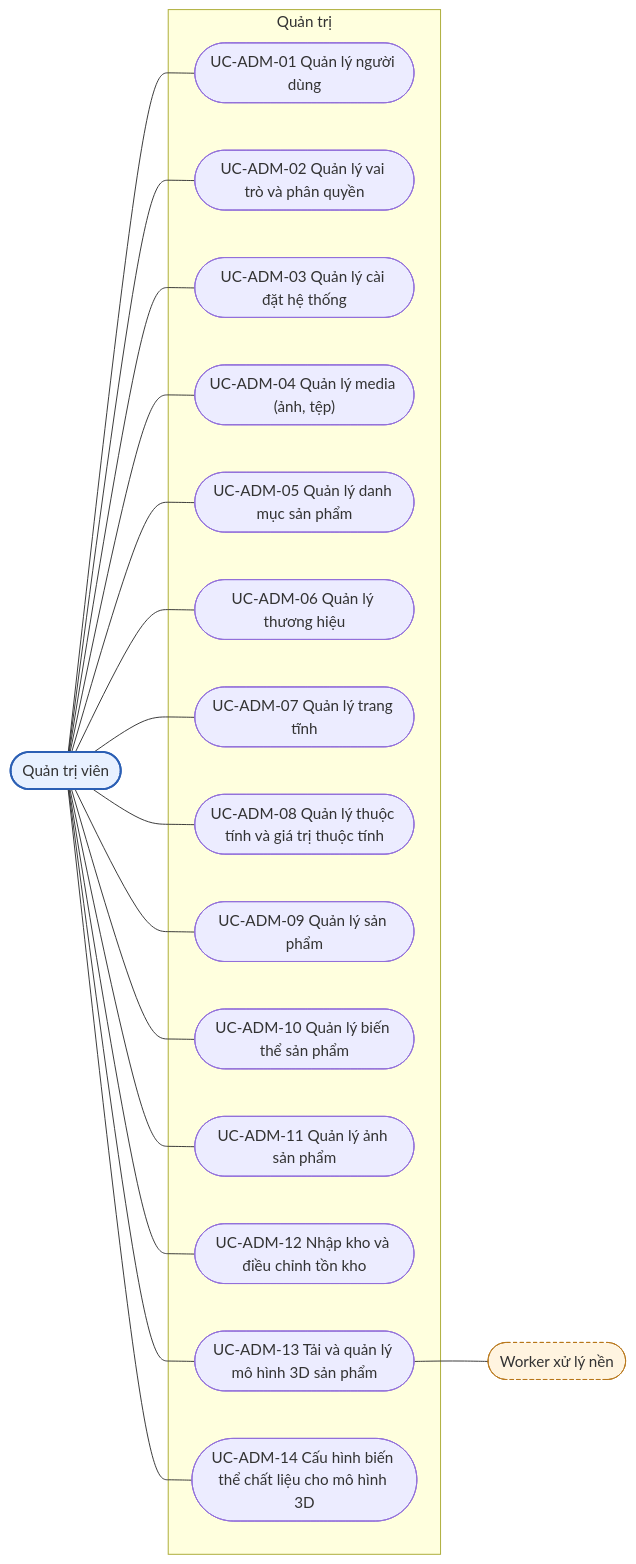
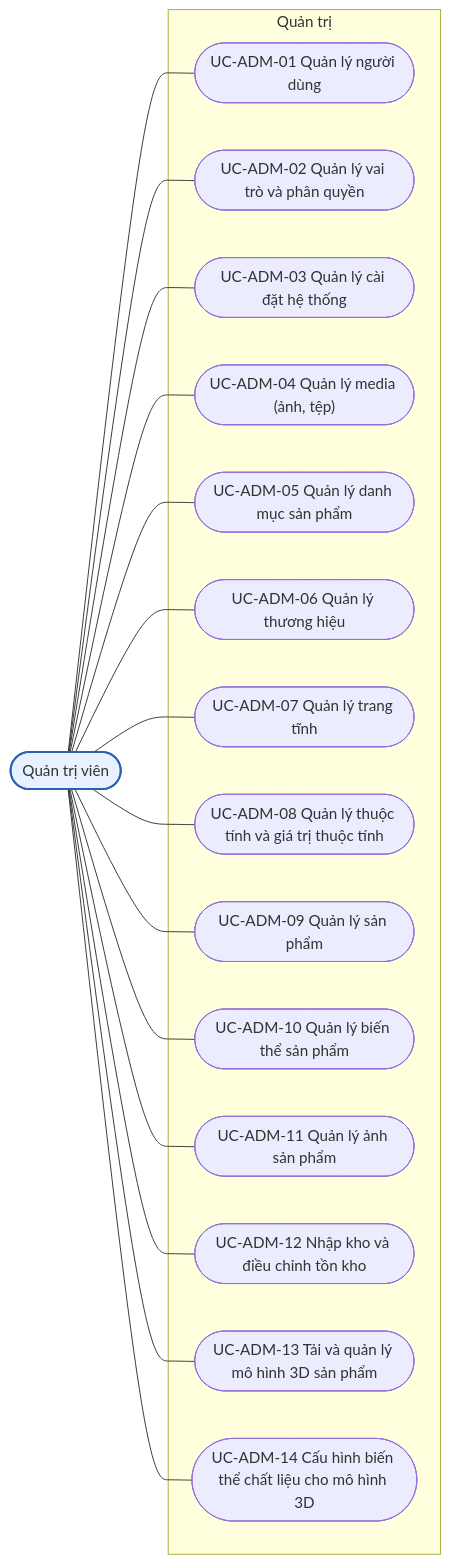
Before and after one commit to 2431540234-arch/XDUDTMDT: the fourth of 13 diagrams in docs/DAC_TA_CHUC_NANG_THEO_VAI_TRO.md, drawn with Mermaid. The commit also changed other lines of this file and 2 other files, not shown here.

````diff
--- a/docs/DAC_TA_CHUC_NANG_THEO_VAI_TRO.md
+++ b/docs/DAC_TA_CHUC_NANG_THEO_VAI_TRO.md
@@ -471,38 +471,36 @@
 ```mermaid
 flowchart LR
     A(["Quản trị viên"]):::actor
-    WK(["Worker xử lý nền"]):::ext
     subgraph SG_ADM["Quản trị"]
         UC_ADM_01(["UC-ADM-01 Quản lý người dùng"])
         UC_ADM_02(["UC-ADM-02 Quản lý vai trò và phân quyền"])
         UC_ADM_03(["UC-ADM-03 Quản lý cài đặt hệ thống"])
         UC_ADM_04(["UC-ADM-04 Quản lý media (ảnh, tệp)"])
         UC_ADM_05(["UC-ADM-05 Quản lý danh mục sản phẩm"])
         UC_ADM_06(["UC-ADM-06 Quản lý thương hiệu"])
         UC_ADM_07(["UC-ADM-07 Quản lý trang tĩnh"])
         UC_ADM_08(["UC-ADM-08 Quản lý thuộc tính và giá trị thuộc tính"])
         UC_ADM_09(["UC-ADM-09 Quản lý sản phẩm"])
         UC_ADM_10(["UC-ADM-10 Quản lý biến thể sản phẩm"])
         UC_ADM_11(["UC-ADM-11 Quản lý ảnh sản phẩm"])
         UC_ADM_12(["UC-ADM-12 Nhập kho và điều chỉnh tồn kho"])
         UC_ADM_13(["UC-ADM-13 Tải và quản lý mô hình 3D sản phẩm"])
         UC_ADM_14(["UC-ADM-14 Cấu hình biến thể chất liệu cho mô hình 3D"])
     end
     A --- UC_ADM_01
     A --- UC_ADM_02
     A --- UC_ADM_03
     A --- UC_ADM_04
     A --- UC_ADM_05
     A --- UC_ADM_06
     A --- UC_ADM_07
     A --- UC_ADM_08
     A --- UC_ADM_09
     A --- UC_ADM_10
     A --- UC_ADM_11
     A --- UC_ADM_12
     A --- UC_ADM_13
     A --- UC_ADM_14
-    UC_ADM_13 --- WK
     classDef actor fill:#e8f1ff,stroke:#2b5fb4,stroke-width:2px
     classDef ext fill:#fff4e0,stroke:#b8761a,stroke-dasharray: 4 3
 ```
````
